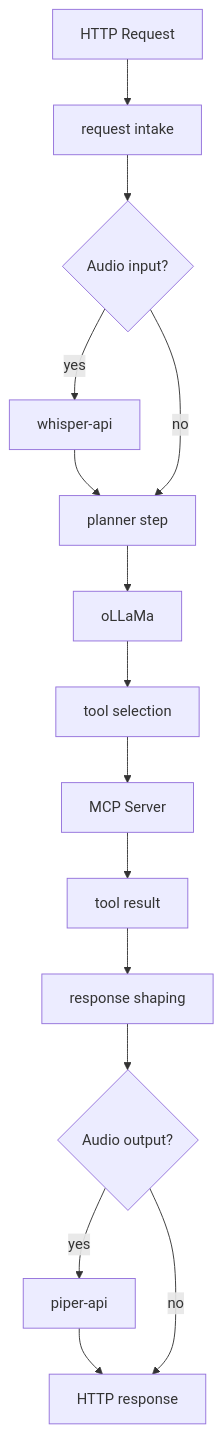
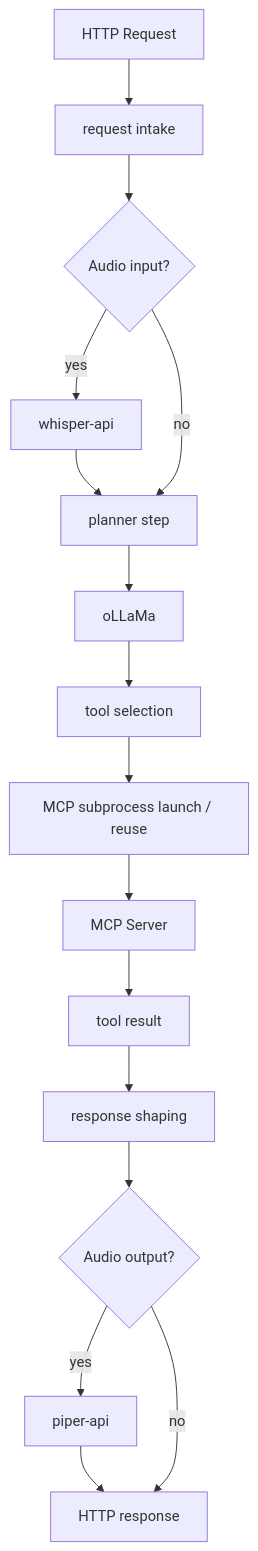
Before and after one commit to psyeo2/Clankassist: the third of 4 diagrams in docs/ARCHITECTURE.md, drawn with Mermaid. The commit also changed other lines of this file, not shown here.

Commit message:
update architecture expectation

````diff
--- a/docs/ARCHITECTURE.md
+++ b/docs/ARCHITECTURE.md
@@ -166,19 +173,20 @@
 ```mermaid
 flowchart TD
 
 request[HTTP Request] --> intake[request intake]
 intake --> speech{Audio input?}
 speech -->|yes| whisper[whisper-api]
 whisper --> planner[planner step]
 speech -->|no| planner
 
 planner --> ollama[oLLaMa]
 ollama --> selection[tool selection]
-selection --> mcp[MCP Server]
+selection --> mcpProc[MCP subprocess launch / reuse]
+mcpProc --> mcp[MCP Server]
 mcp --> result[tool result]
 result --> response[response shaping]
 response --> tts{Audio output?}
 tts -->|yes| piper[piper-api]
 piper --> final[HTTP response]
 tts -->|no| final
 ```
````
